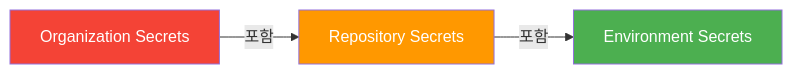
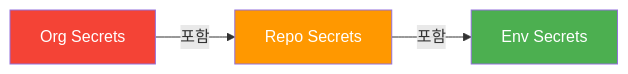
One commit to yjkim2015/yjkim2015.github.io changed the fifth of 5 diagrams in _posts/cicd/2026-05-03-github-actions-deep.md. Above: the diagram before and after it, drawn with Mermaid. The commit also changed other lines of this file and 245 other files, not shown here.

First line of the commit message:
Mermaid 다이어그램 전면 수정 + 면접 포인트 접기/펼치기 + DB 데드락 페이지

````diff
--- a/_posts/cicd/2026-05-03-github-actions-deep.md
+++ b/_posts/cicd/2026-05-03-github-actions-deep.md
@@ -595,11 +594,11 @@
 ```mermaid
 graph LR
-    ORG["Organization Secrets"]
-    REPO["Repository Secrets"]
-    ENV["Environment Secrets"]
+    ORG["Org Secrets"]
+    REPO["Repo Secrets"]
+    ENV["Env Secrets"]
     ORG -->|"포함"| REPO
     REPO -->|"포함"| ENV
     style ENV fill:#4CAF50,color:#fff
     style REPO fill:#FF9800,color:#fff
     style ORG fill:#F44336,color:#fff
 ```
````
